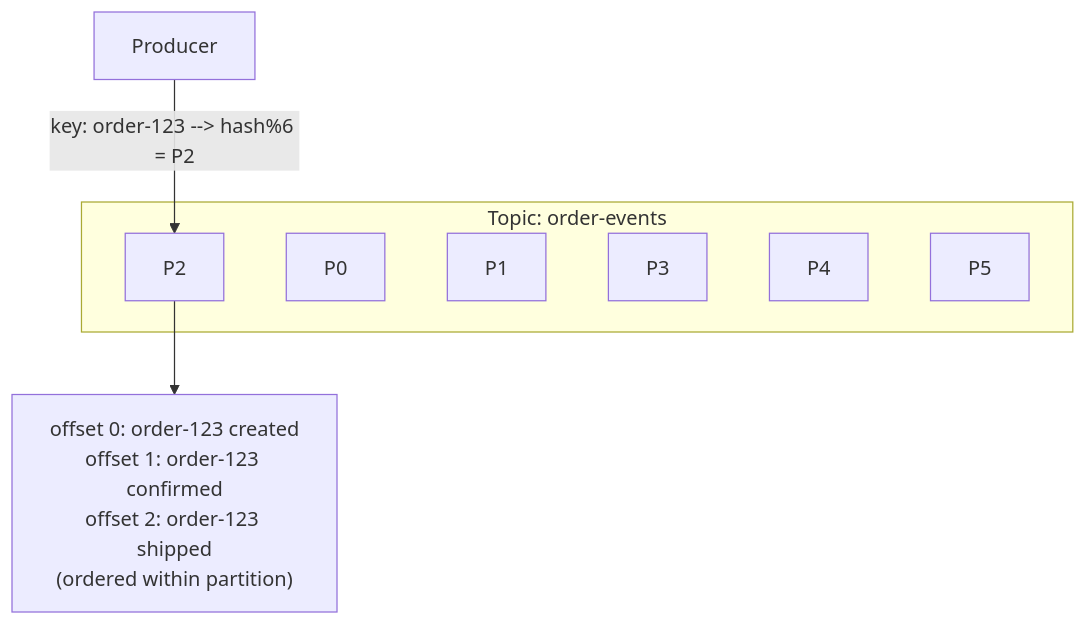
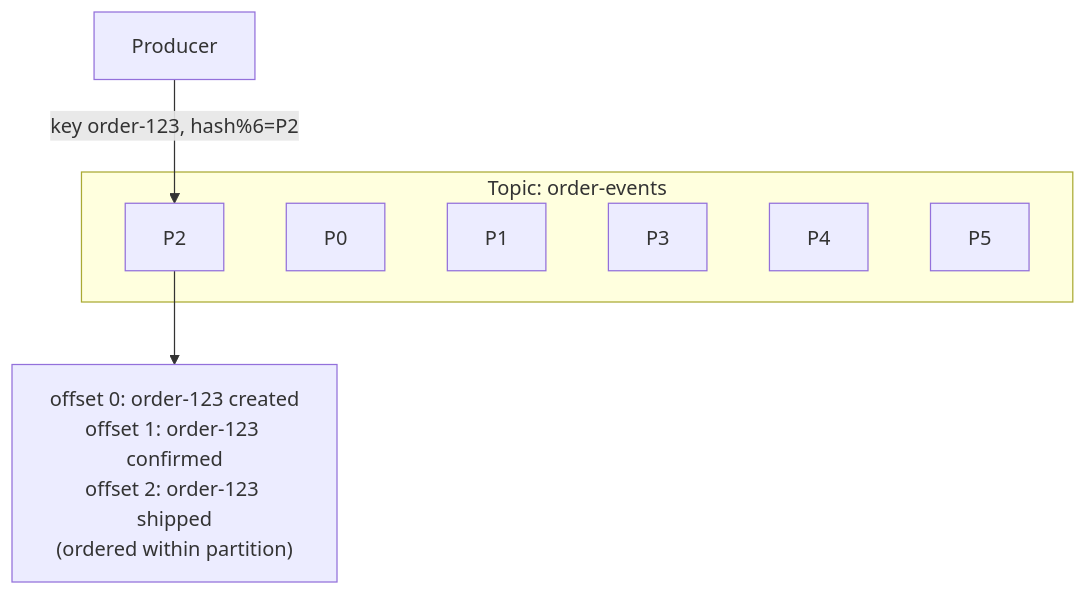
One commit to kube-dojo/kube-dojo changed the first of 4 diagrams in src/content/docs/cloud/managed-services/module-9.7-streaming.md. Above: the diagram before and after it, drawn with Mermaid. The commit also changed other lines of this file, not shown here.

````diff
--- a/src/content/docs/cloud/managed-services/module-9.7-streaming.md
+++ b/src/content/docs/cloud/managed-services/module-9.7-streaming.md
@@ -120,13 +345,13 @@
 ```mermaid
 graph TD
-    Prod[Producer] -->|key: order-123 --> hash%6 = P2| P2
+    Prod[Producer] -->|"key order-123, hash%6=P2"| P2
     subgraph Topic: order-events
         P0
         P1
         P2
         P3
         P4
         P5
     end
     P2 --> Events["offset 0: order-123 created<br/>offset 1: order-123 confirmed<br/>offset 2: order-123 shipped<br/>(ordered within partition)"]
 ```
````
